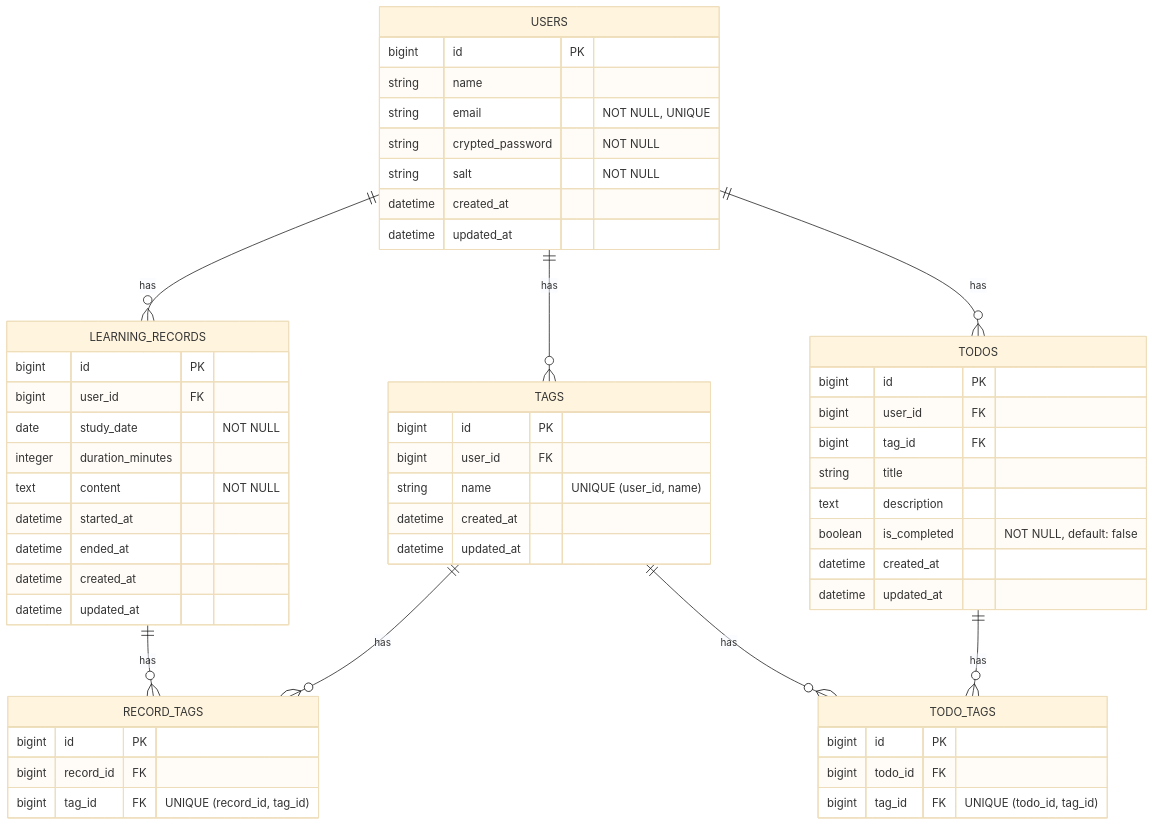
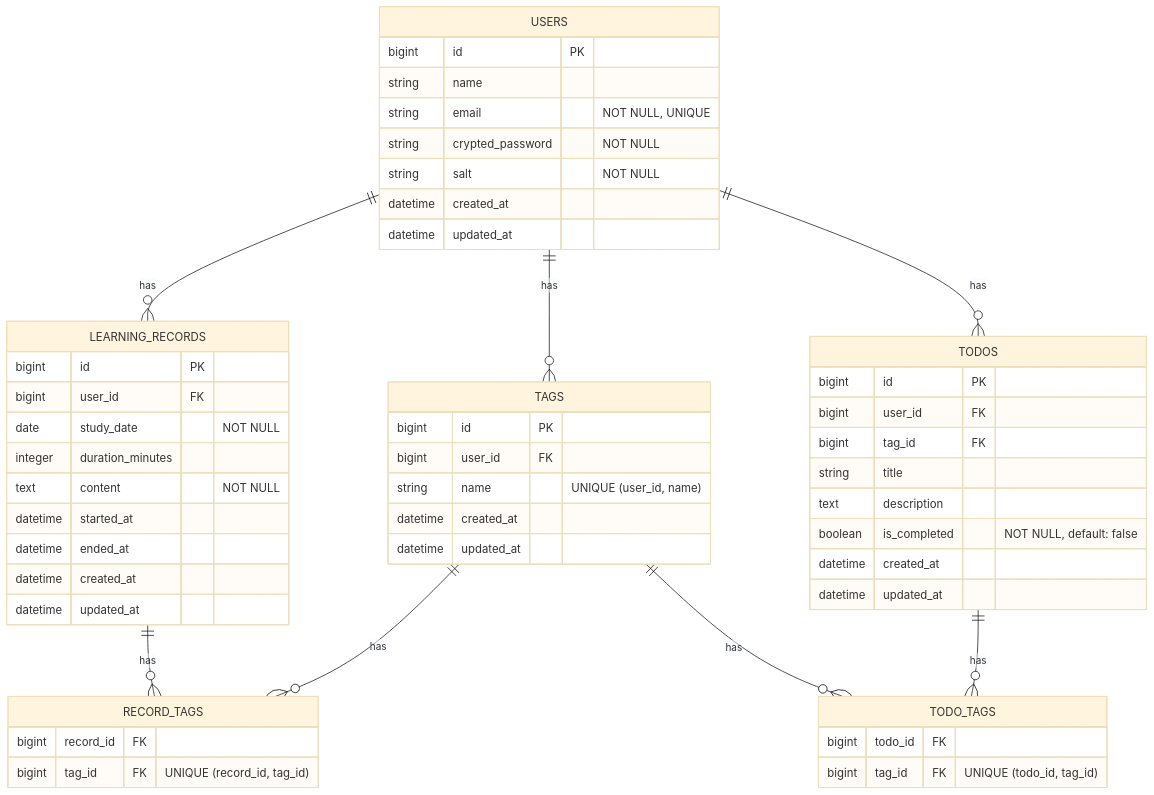
One commit to QynToKey/til changed the diagram in 2026-03/2026-03-06_tagRefactor.md. Above: the diagram before and after it, drawn with Mermaid (base theme).

Commit message:
update: 2026-03-06

````diff
--- a/2026-03/2026-03-06_tagRefactor.md
+++ b/2026-03/2026-03-06_tagRefactor.md
@@ -69,66 +69,64 @@
 ```mermaid
 erDiagram
 
     USERS {
         bigint id PK
         string name
         string email "NOT NULL, UNIQUE"
         string crypted_password "NOT NULL"
         string salt "NOT NULL"
         datetime created_at
         datetime updated_at
     }
 
     LEARNING_RECORDS {
         bigint id PK
         bigint user_id FK
         date study_date "NOT NULL"
         integer duration_minutes
         text content "NOT NULL"
         datetime started_at
         datetime ended_at
         datetime created_at
         datetime updated_at
     }
 
     TAGS {
         bigint id PK
         bigint user_id FK
         string name "UNIQUE (user_id, name)"
         datetime created_at
         datetime updated_at
     }
 
     TODOS {
         bigint id PK
         bigint user_id FK
         bigint tag_id FK
         string title
         text description
         boolean is_completed "NOT NULL, default: false"
         datetime created_at
         datetime updated_at
     }
 
     RECORD_TAGS {
-        bigint id PK
         bigint record_id FK
         bigint tag_id FK "UNIQUE (record_id, tag_id)"
     }
 
     TODO_TAGS {
-      bigint id PK
       bigint todo_id FK
       bigint tag_id FK "UNIQUE (todo_id, tag_id)"
     }
 
     USERS ||--o{ LEARNING_RECORDS : has
     USERS ||--o{ TAGS : has
     USERS ||--o{ TODOS : has
 
     LEARNING_RECORDS ||--o{ RECORD_TAGS : has
     TAGS ||--o{ RECORD_TAGS : has
 
     TODOS ||--o{ TODO_TAGS : has
     TAGS ||--o{ TODO_TAGS : has
 ```
````
